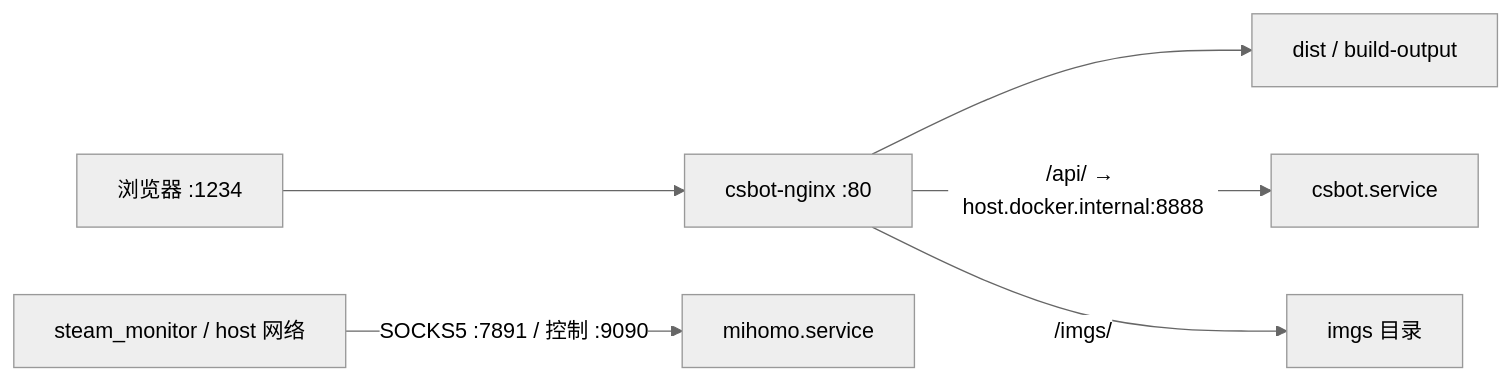
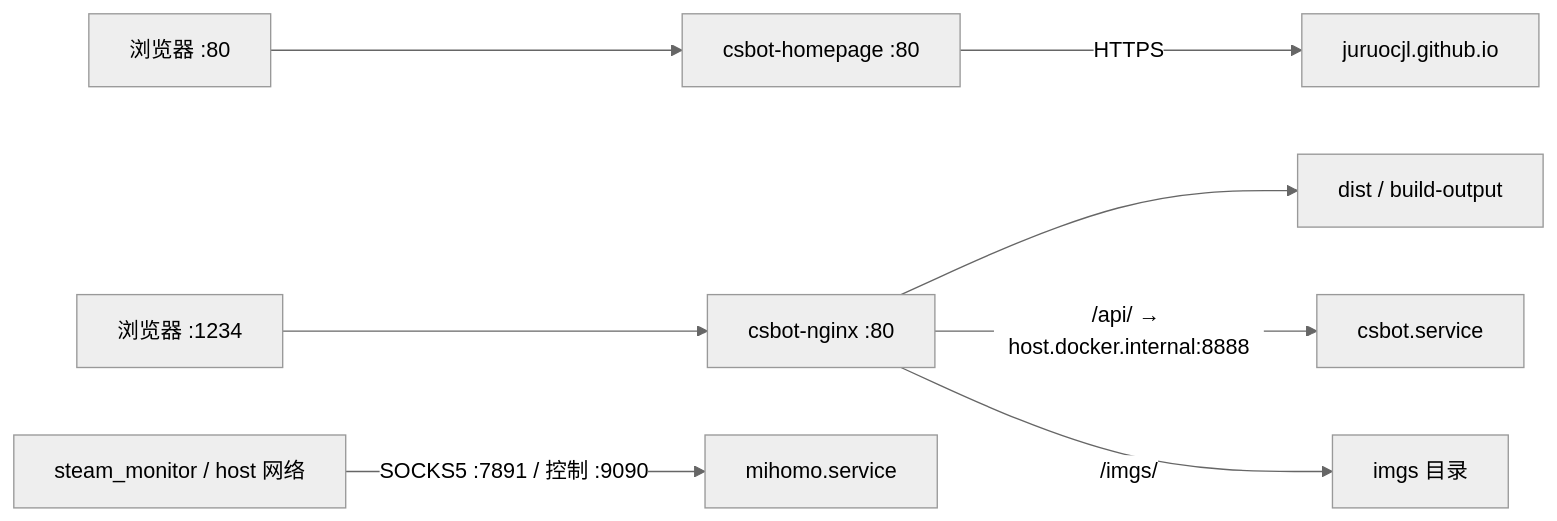
One commit to juruocjl/csbot-depoly changed the diagram in SERVER_SERVICES.md. Above: the diagram before and after it, drawn with Mermaid (neutral theme). The commit also changed other lines of this file and 1 other file, not shown here.

Commit message:
Document port 80 homepage deployment

````diff
--- a/SERVER_SERVICES.md
+++ b/SERVER_SERVICES.md
@@ -119,8 +126,10 @@
 ```mermaid
 flowchart LR
+    HomepageBrowser[浏览器 :80] --> Homepage[csbot-homepage :80]
+    Homepage -->|HTTPS| Pages[juruocjl.github.io]
     Browser[浏览器 :1234] --> Nginx[csbot-nginx :80]
     Nginx --> Static[dist / build-output]
     Nginx -->|/api/ → host.docker.internal:8888| Backend[csbot.service]
     Nginx -->|/imgs/| Images[imgs 目录]
     Steam[steam_monitor / host 网络] -->|SOCKS5 :7891 / 控制 :9090| Mihomo[mihomo.service]
 ```
````
